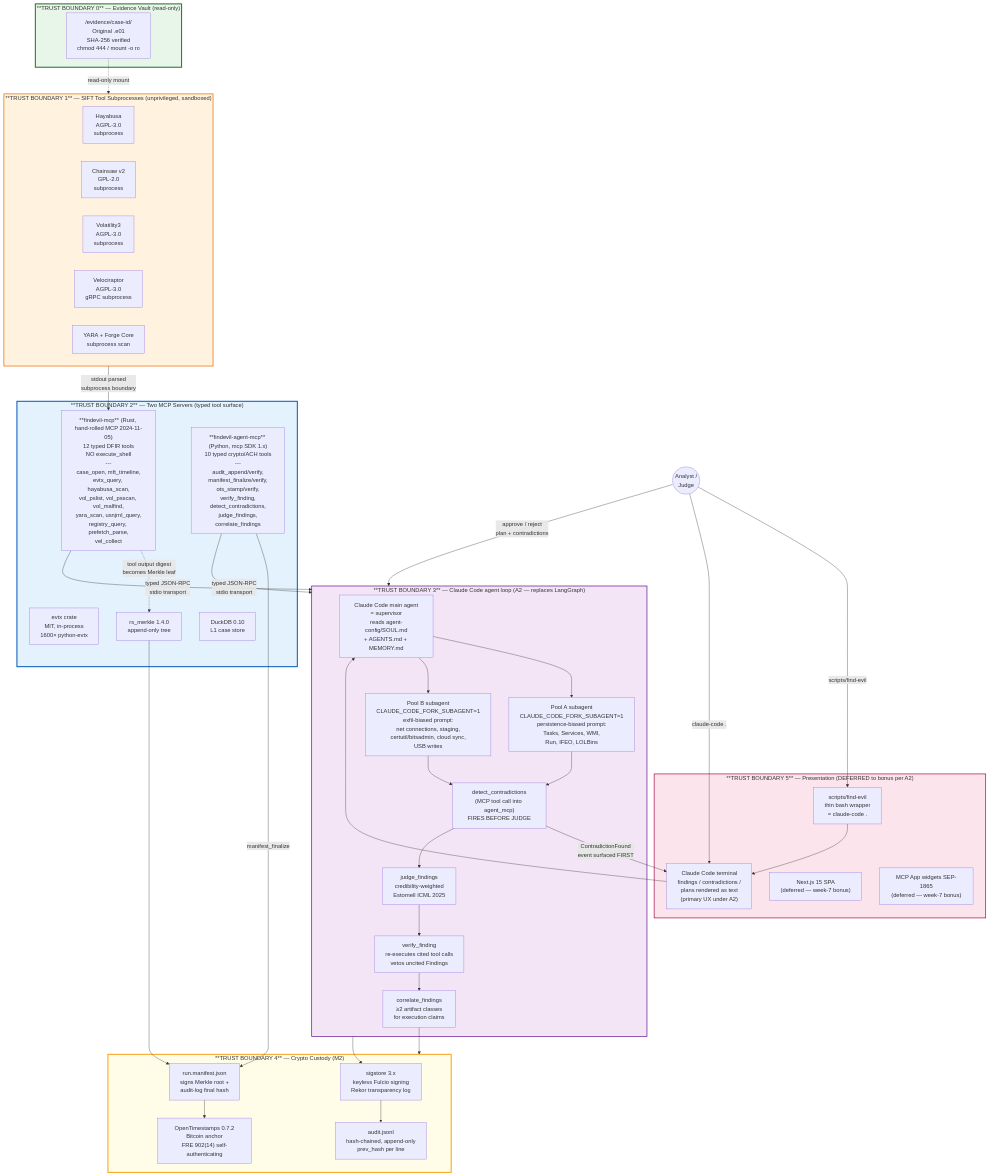
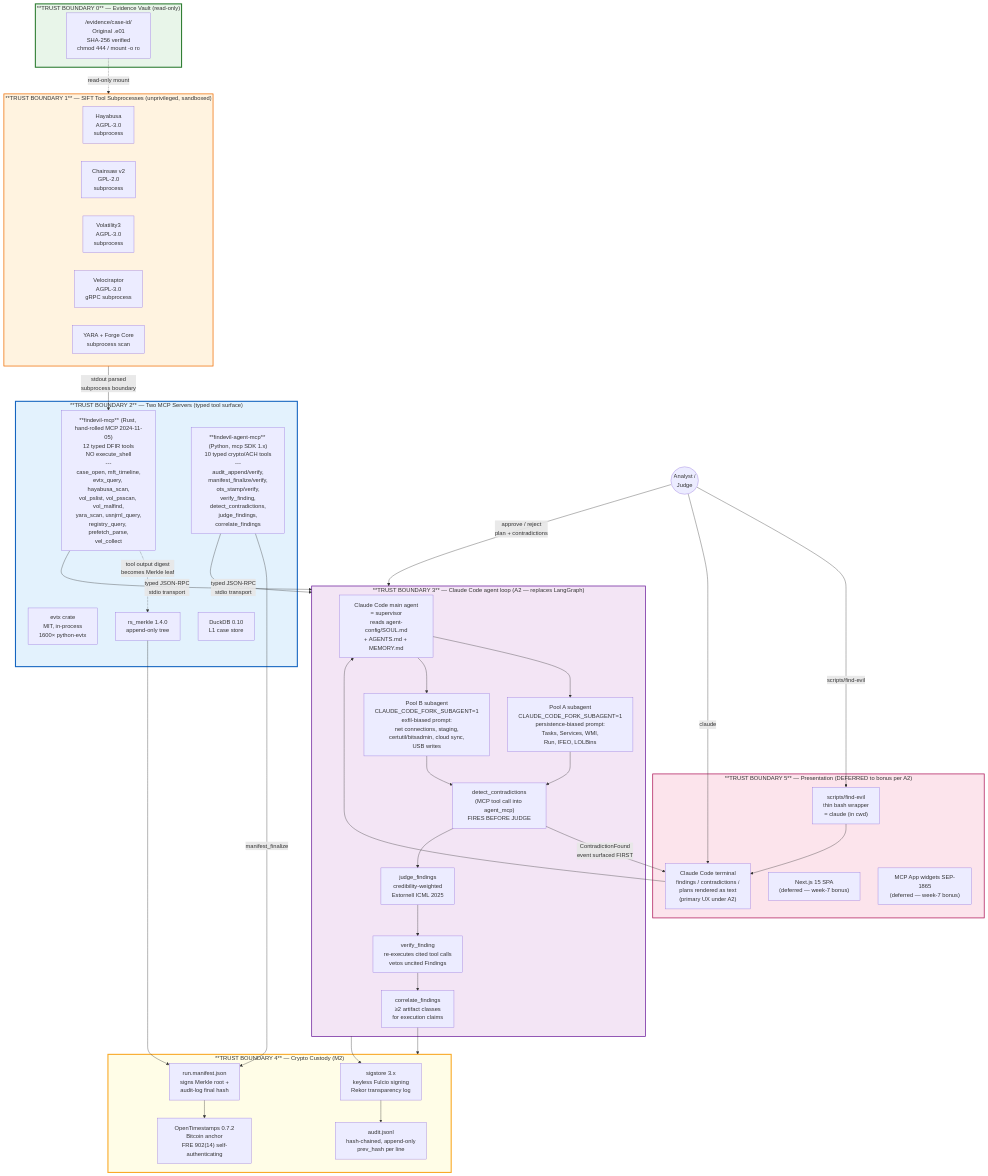
Before and after one commit to TimothyVang/sans-hackathon: the first of 3 diagrams in docs/architecture.md, drawn with Mermaid. The commit also changed other lines of this file and 7 other files, not shown here.

First line of the commit message:
fix: claude-code → claude across the Product entry path

```diff
--- a/docs/architecture.md
+++ b/docs/architecture.md
@@ -62,13 +62,13 @@
 
     subgraph Trust5["**TRUST BOUNDARY 5** — Presentation (DEFERRED to bonus per A2)"]
         Terminal["Claude Code terminal<br/>findings / contradictions /<br/>plans rendered as text<br/>(primary UX under A2)"]
-        FindEvilSh["scripts/find-evil<br/>thin bash wrapper<br/>= claude-code ."]
+        FindEvilSh["scripts/find-evil<br/>thin bash wrapper<br/>= claude (in cwd)"]
         NextJS["Next.js 15 SPA<br/>(deferred — week-7 bonus)"]
         MCPWidgets["MCP App widgets SEP-1865<br/>(deferred — week-7 bonus)"]
     end
 
     Human((Analyst /<br/>Judge)) -->|scripts/find-evil| FindEvilSh
-    Human -->|claude-code .| Terminal
+    Human -->|claude| Terminal
 
     FindEvilSh --> Terminal
     Terminal --> Supervisor
```
